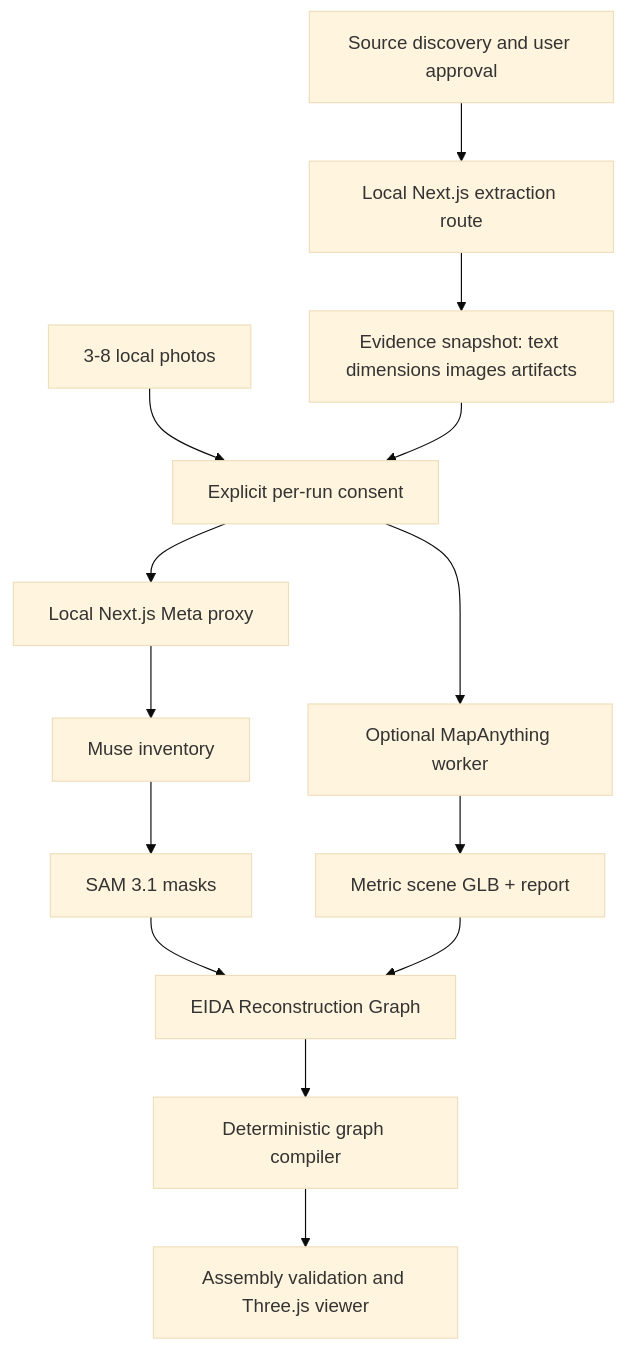
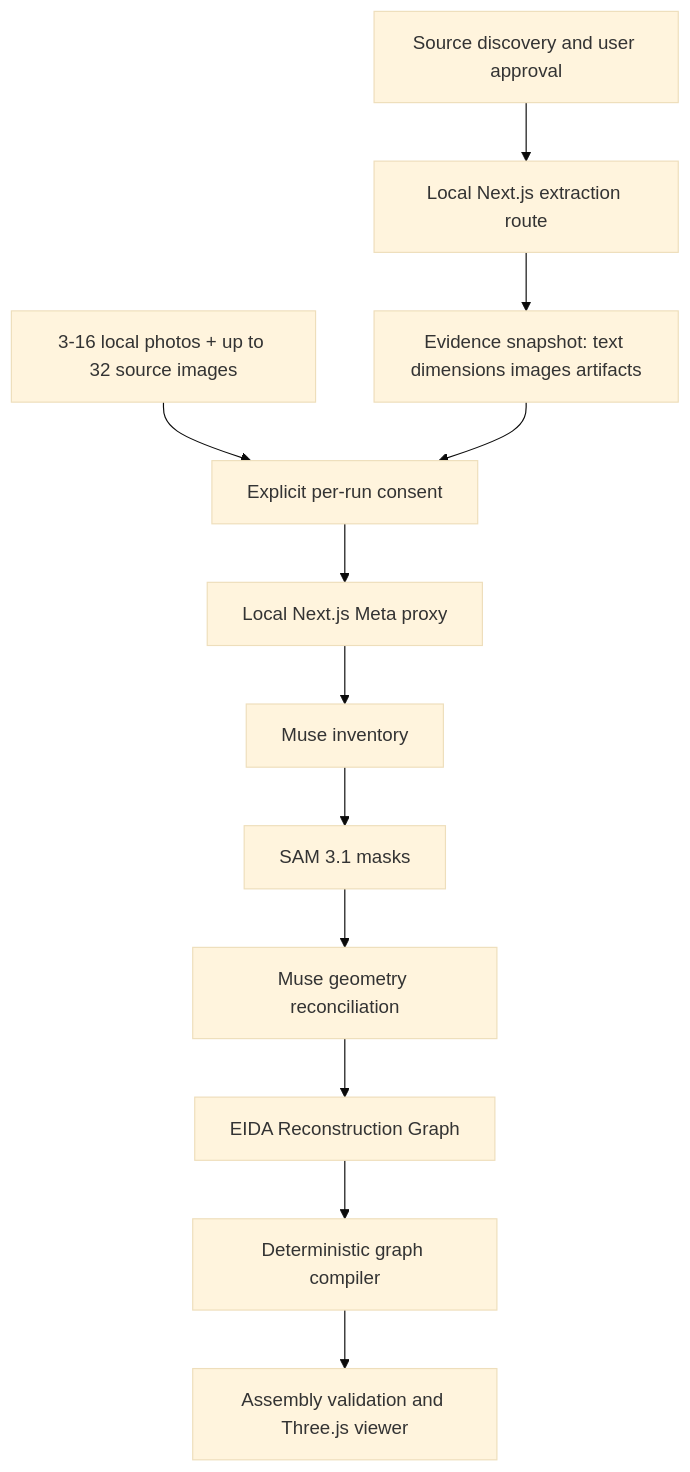
Before and after one commit to Cedric-Martz/EIDA: the diagram in docs/architecture.md, drawn with Mermaid (base theme). The commit also changed other lines of this file and 88 other files, not shown here.

````diff
--- a/docs/architecture.md
+++ b/docs/architecture.md
@@ -7,16 +7,14 @@
 ```mermaid
 flowchart TD
 A[Source discovery and user approval] --> B[Local Next.js extraction route]
 B --> C[Evidence snapshot: text dimensions images artifacts]
-D[3-8 local photos] --> E[Explicit per-run consent]
+D[3-16 local photos + up to 32 source images] --> E[Explicit per-run consent]
 C --> E
 E --> F[Local Next.js Meta proxy]
 F --> G[Muse inventory]
 G --> H[SAM 3.1 masks]
-E --> M[Optional MapAnything worker]
-M --> N[Metric scene GLB + report]
-H --> I[EIDA Reconstruction Graph]
-N --> I
-I --> J[Deterministic graph compiler]
-J --> K[Assembly validation and Three.js viewer]
+H --> I[Muse geometry reconciliation]
+I --> J[EIDA Reconstruction Graph]
+J --> K[Deterministic graph compiler]
+K --> L[Assembly validation and Three.js viewer]
 ```
````
